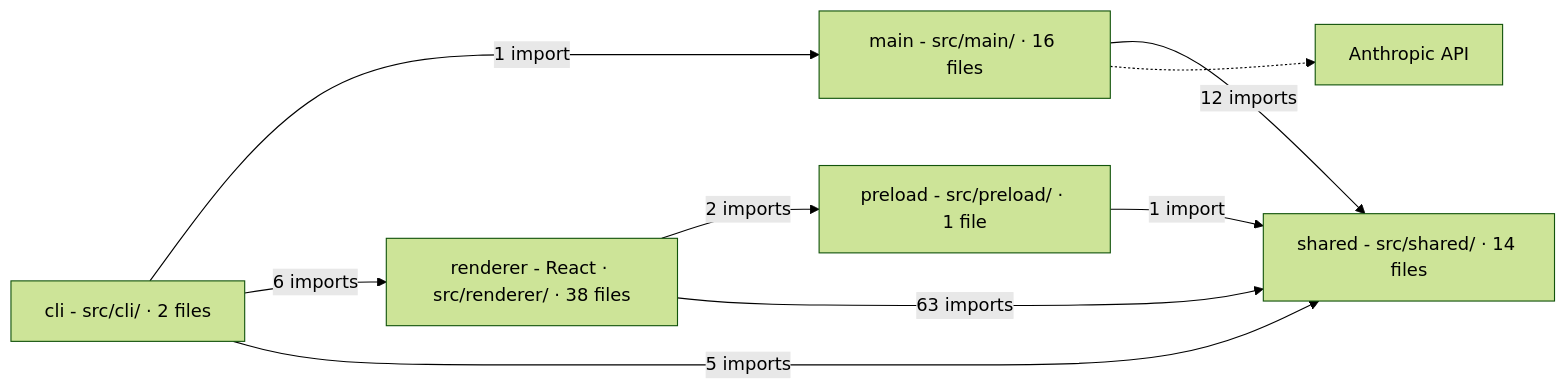
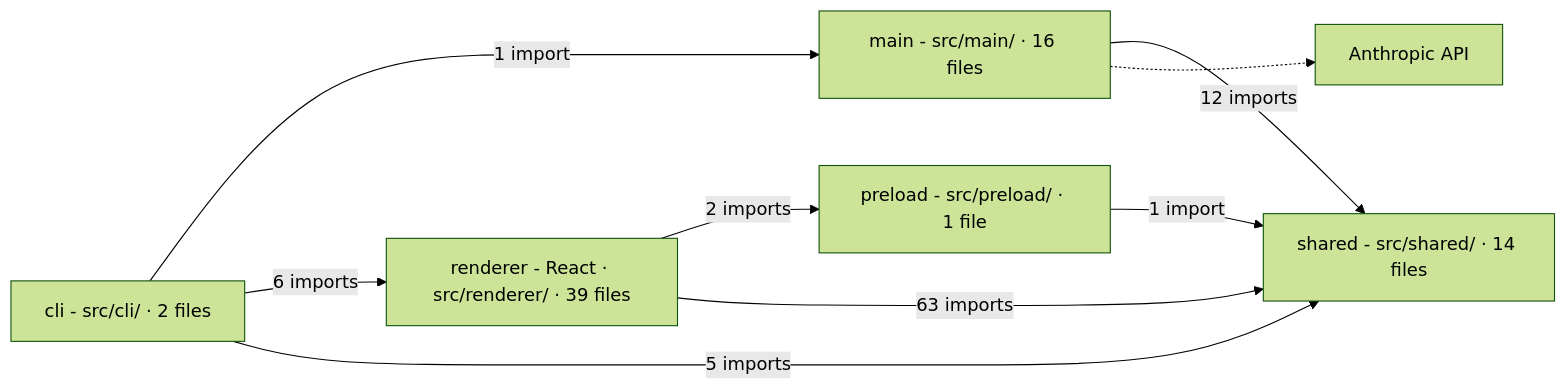
One commit to Sarthak-47/crtgrphr changed the diagram in docs/architecture.md. Above: the diagram before and after it, drawn with Mermaid (forest theme). The commit also changed 8 other files, not shown here.

````diff
--- a/docs/architecture.md
+++ b/docs/architecture.md
@@ -3,20 +3,20 @@
 ```mermaid
 flowchart LR
   dir_src_cli["cli - src/cli/ · 2 files"]
   dir_src_main["main - src/main/ · 16 files"]
   dir_src_preload["preload - src/preload/ · 1 file"]
-  dir_src_renderer["renderer - React · src/renderer/ · 38 files"]
+  dir_src_renderer["renderer - React · src/renderer/ · 39 files"]
   dir_src_shared["shared - src/shared/ · 14 files"]
   anthropic_api["Anthropic API"]
   dir_src_cli -->|"1 import"| dir_src_main
   dir_src_cli -->|"6 imports"| dir_src_renderer
   dir_src_cli -->|"5 imports"| dir_src_shared
   dir_src_main -->|"12 imports"| dir_src_shared
   dir_src_preload -->|"1 import"| dir_src_shared
   dir_src_renderer -->|"2 imports"| dir_src_preload
   dir_src_renderer -->|"63 imports"| dir_src_shared
   dir_src_main -.-> anthropic_api
   class dir_src_cli,dir_src_main,dir_src_preload,dir_src_shared backend
   class dir_src_renderer frontend
   class anthropic_api service
 ```
````
